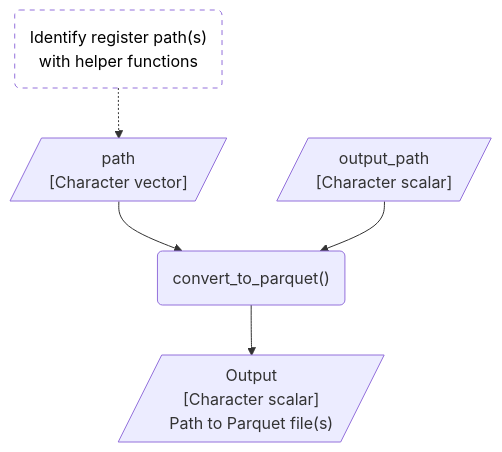
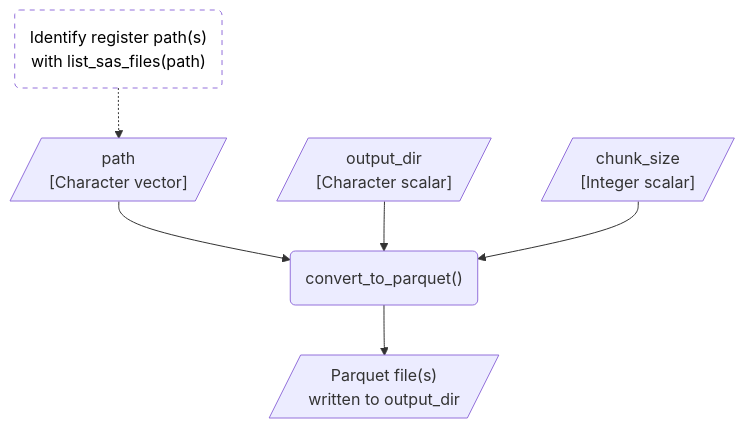
Before and after one commit to dp-next/registers2parquet: the first of 3 diagrams in articles/design.md, drawn with Mermaid. The commit also changed other lines of this file and 7 other files, not shown here.

````diff
--- a/articles/design.md
+++ b/articles/design.md
@@ -206,18 +59,17 @@
 ``` mermaid
 flowchart TD
-
-    identify_paths("Identify register path(s)<br>with helper functions")
+    identify_paths("Identify register path(s)<br>with list_sas_files(path)")
     path[/"path<br>[Character vector]"/]
-    output_path[/"output_path<br>[Character scalar]"/]
+    output_dir[/"output_dir<br>[Character scalar]"/]
+    chunk_size[/"chunk_size<br>[Integer scalar]"/]
     convert_to_parquet("convert_to_parquet()")
-    output[/"Output<br>[Character scalar]<br>Path to Parquet file(s)"/]
-
+    output[/"Parquet file(s)<br>written to output_dir"/]
 
     %% Edges
     identify_paths -.-> path --> convert_to_parquet
-    output_path --> convert_to_parquet
+    output_dir & chunk_size --> convert_to_parquet
     convert_to_parquet --> output
 
-    %% Styling
+    %% Style
     style identify_paths fill:#FFFFFF, color:#000000, stroke-dasharray: 5 5
 ```
````
